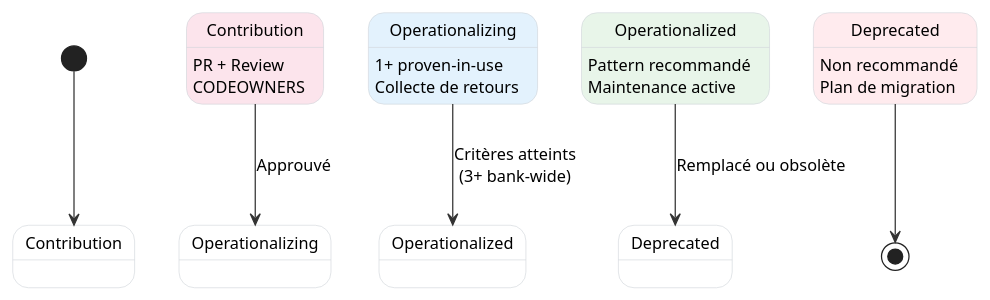
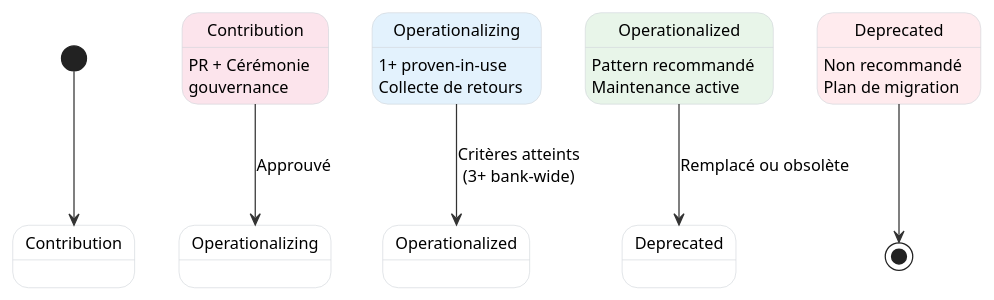
The fifth of 6 diagrams in content/pras/fr/overview.adoc (KiyaliHQ/proven-reusable-architecture), drawn with PlantUML before and after one commit. The commit also changed other lines of this file and 2 other files, not shown here.

```diff
--- a/content/pras/fr/overview.adoc
+++ b/content/pras/fr/overview.adoc
@@ -234,32 +315,31 @@
 [plantuml]
 ----
 @startuml
 skinparam backgroundColor transparent
-skinparam defaultFontName "Segoe UI"
 skinparam defaultFontSize 13
 skinparam shadowing false
 skinparam ArrowColor #333333
 skinparam state {
   BackgroundColor #ffffff
   BorderColor #d1d5db
 }
 
 [*] --> Contribution
 
-state "Contribution" as contrib #fce4ec : PR + Review\nCODEOWNERS
+state "Contribution" as s1 #fce4ec : PR + Cérémonie\ngouvernance
 
-contrib --> Operationalizing : Approuvé
+s1 --> Operationalizing : Approuvé
 
-state "Operationalizing" as op #e3f2fd : 1+ proven-in-use\nCollecte de retours
+state "Operationalizing" as s2 #e3f2fd : 1+ proven-in-use\nCollecte de retours
 
-op --> Operationalized : Critères atteints\n(3+ bank-wide)
+s2 --> Operationalized : Critères atteints\n(3+ bank-wide)
 
-state "Operationalized" as done #e8f5e9 : Pattern recommandé\nMaintenance active
+state "Operationalized" as s3 #e8f5e9 : Pattern recommandé\nMaintenance active
 
-done --> Deprecated : Remplacé ou obsolète
+s3 --> Deprecated : Remplacé ou obsolète
 
-state "Deprecated" as dep #ffebee : Non recommandé\nPlan de migration
+state "Deprecated" as s4 #ffebee : Non recommandé\nPlan de migration
 
-dep --> [*]
+s4 --> [*]
 @enduml
 ----
```
